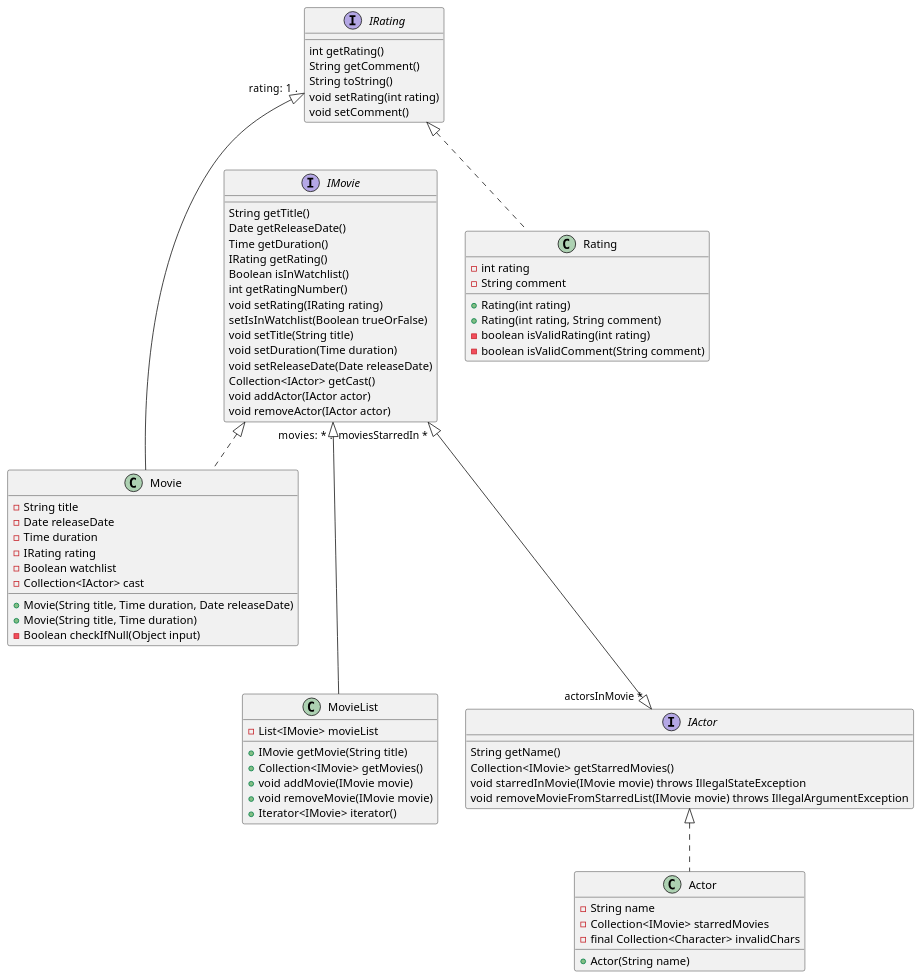
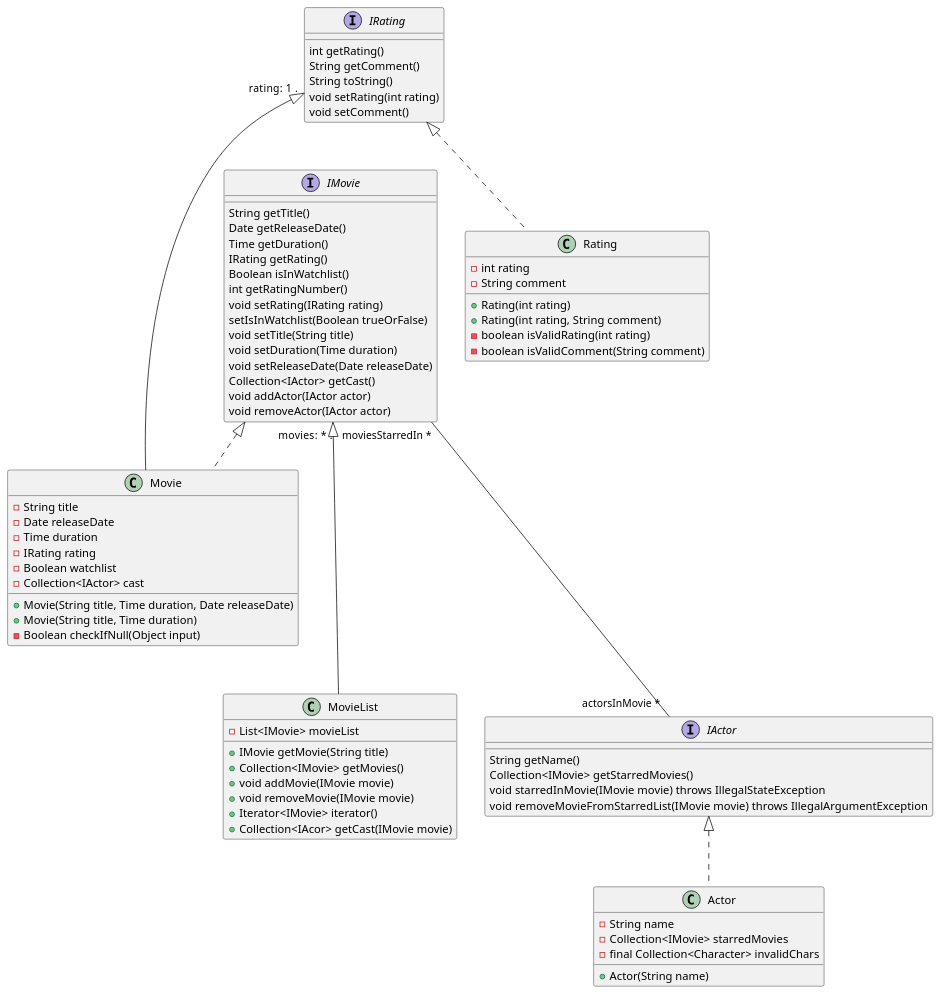
Before and after one commit to AndreasMarken/IT1901: the diagram in mmt/diagrams/core-class-diagram.puml, drawn with PlantUML.

Commit message:
Issue: #55. Updated the core class diagram with changes from comments made by @vebjohau.

```diff
--- a/mmt/diagrams/core-class-diagram.puml
+++ b/mmt/diagrams/core-class-diagram.puml
@@ -1,83 +1,83 @@
 @startuml "core-class-diagran"
 
 
 interface IMovie {
     String getTitle()
     Date getReleaseDate()
     Time getDuration()
     IRating getRating()
     Boolean isInWatchlist()
     int getRatingNumber()
     void setRating(IRating rating)
     setIsInWatchlist(Boolean trueOrFalse)
     void setTitle(String title)
     void setDuration(Time duration)
     void setReleaseDate(Date releaseDate)
     Collection<IActor> getCast()
     void addActor(IActor actor)
     void removeActor(IActor actor)
 }
 
 class Movie {
     - String title
     - Date releaseDate
     - Time duration
     - IRating rating
     - Boolean watchlist
     - Collection<IActor> cast
     + Movie(String title, Time duration, Date releaseDate)
     + Movie(String title, Time duration)
     - Boolean checkIfNull(Object input)
 }
 
 interface IRating {
     int getRating()
     String getComment()
     String toString()
     void setRating(int rating)
     void setComment()
 }
 
 class Rating {
     - int rating
     - String comment
     + Rating(int rating)
     + Rating(int rating, String comment)
     - boolean isValidRating(int rating)
     - boolean isValidComment(String comment)
 }
 
 class MovieList {
     - List<IMovie> movieList
     + IMovie getMovie(String title)
     + Collection<IMovie> getMovies()
     + void addMovie(IMovie movie)
     + void removeMovie(IMovie movie)
     + Iterator<IMovie> iterator()
-
+    + Collection<IAcor> getCast(IMovie movie)
 }
 
 interface IActor {
     String getName()
     Collection<IMovie> getStarredMovies()
     void starredInMovie(IMovie movie) throws IllegalStateException
     void removeMovieFromStarredList(IMovie movie) throws IllegalArgumentException
 }
 
 class Actor {
     - String name
     - Collection<IMovie> starredMovies
     - final Collection<Character> invalidChars
     + Actor(String name)
 }
 
 IMovie "movies: *  ." <|--- MovieList
 IRating "rating: 1  ." <|--- Movie
-IMovie "moviesStarredIn * " <|---|> "actorsInMovie *" IActor
+IMovie "moviesStarredIn * " --- "actorsInMovie *" IActor
 IMovie <|.. Movie
 IRating <|.. Rating
 IActor <|.. Actor
 
 
 
 @enduml
```
